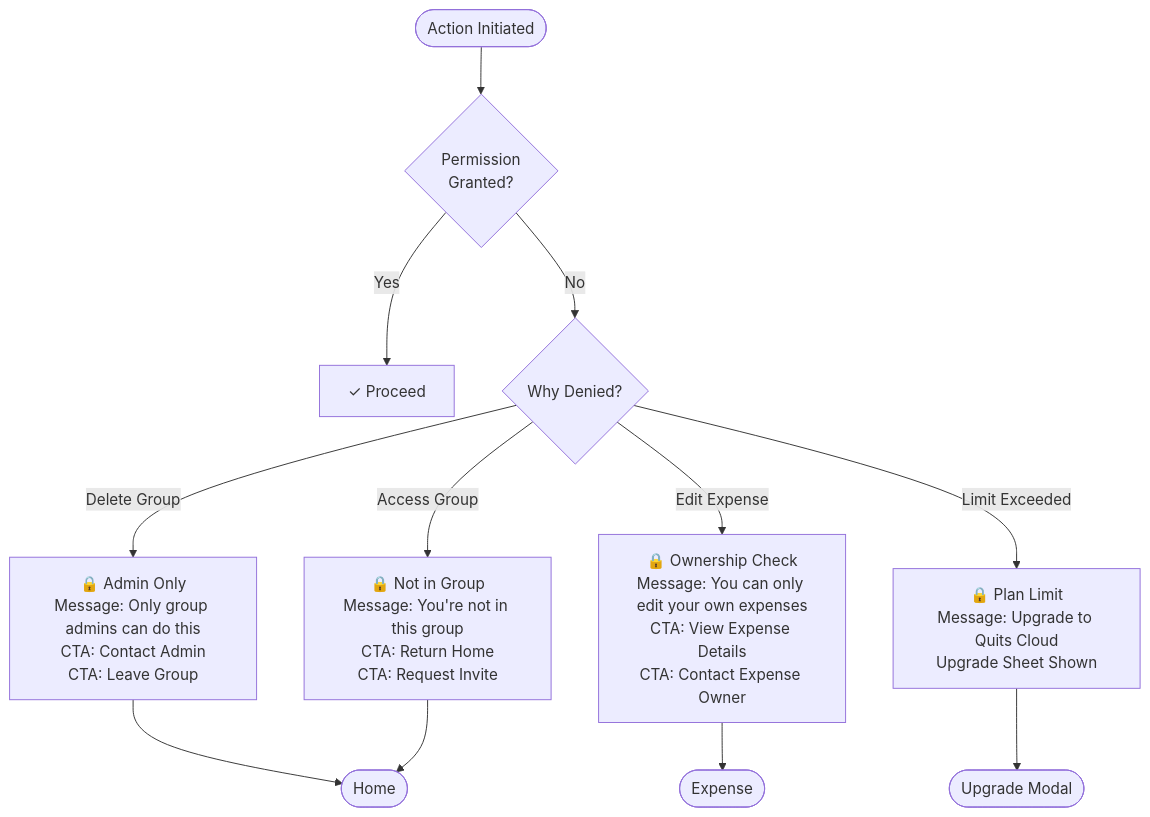
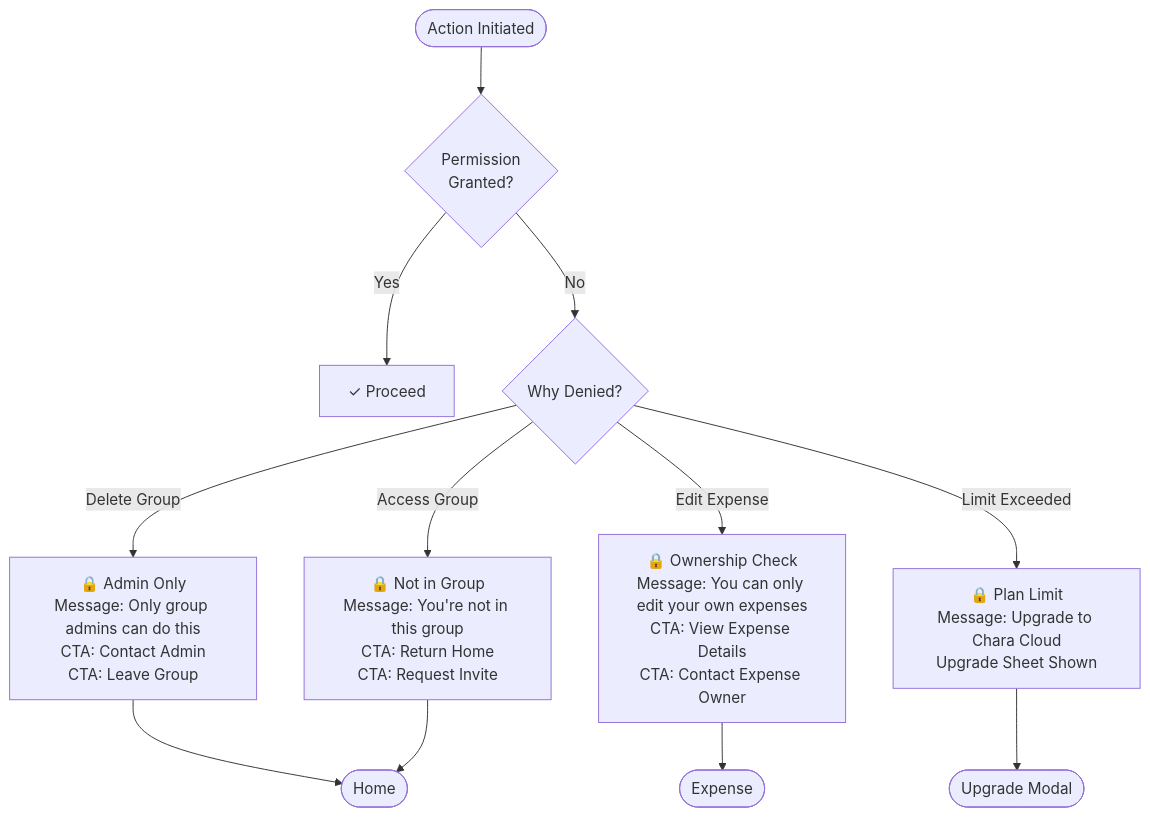
Before and after one commit to DowLucas/chara: the fourth of 4 diagrams in docs/ux/14-error-empty-states.md, drawn with Mermaid. The commit also changed 207 other files, not shown here.

````diff
--- a/docs/ux/14-error-empty-states.md
+++ b/docs/ux/14-error-empty-states.md
@@ -120,21 +120,21 @@
 ```mermaid
 flowchart TD
   Action([Action Initiated]) --> Check{Permission<br/>Granted?}
   
   Check -->|Yes| Allow["✓ Proceed"]
   
   Check -->|No| Reason{Why Denied?}
   
   Reason -->|Delete Group| NotAdmin["🔒 Admin Only<br/>Message: Only group admins can do this<br/>CTA: Contact Admin<br/>CTA: Leave Group"]
   
   Reason -->|Edit Expense| NotOwner["🔒 Ownership Check<br/>Message: You can only edit your own expenses<br/>CTA: View Expense Details<br/>CTA: Contact Expense Owner"]
   
   Reason -->|Access Group| NotMember["🔒 Not in Group<br/>Message: You're not in this group<br/>CTA: Return Home<br/>CTA: Request Invite"]
   
-  Reason -->|Limit Exceeded| FreeTierLimit["🔒 Plan Limit<br/>Message: Upgrade to Quits Cloud<br/>Upgrade Sheet Shown"]
+  Reason -->|Limit Exceeded| FreeTierLimit["🔒 Plan Limit<br/>Message: Upgrade to Chara Cloud<br/>Upgrade Sheet Shown"]
   
   NotAdmin --> Home([Home])
   NotOwner --> Expense([Expense])
   NotMember --> Home
   FreeTierLimit --> Upgrade([Upgrade Modal])
 ```
````
